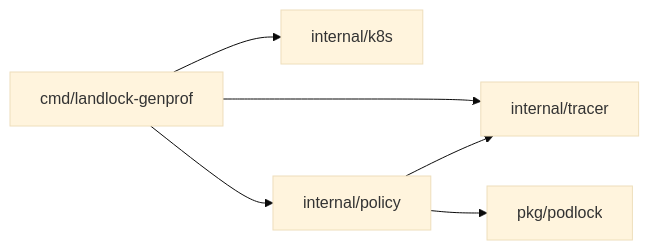
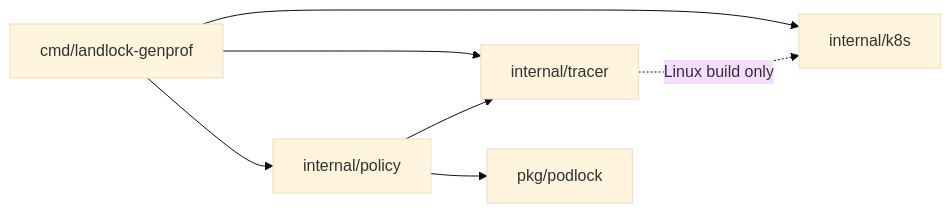
The third of 3 diagrams in docs/architecture.md (idriss-eliguene/landlock-genprof), drawn with Mermaid (base theme) before and after one commit. The commit also changed other lines of this file and 12 other files, not shown here.

````diff
--- a/docs/architecture.md
+++ b/docs/architecture.md
@@ -97,14 +101,15 @@
 ```mermaid
 flowchart LR
     cmd["cmd/landlock-genprof"]
     k8s["internal/k8s"]
     tracer["internal/tracer"]
     policy["internal/policy"]
     podlock["pkg/podlock"]
 
     cmd --> k8s
     cmd --> tracer
     cmd --> policy
     policy --> tracer
     policy --> podlock
+    tracer -. "Linux build only" .-> k8s
 ```
````
